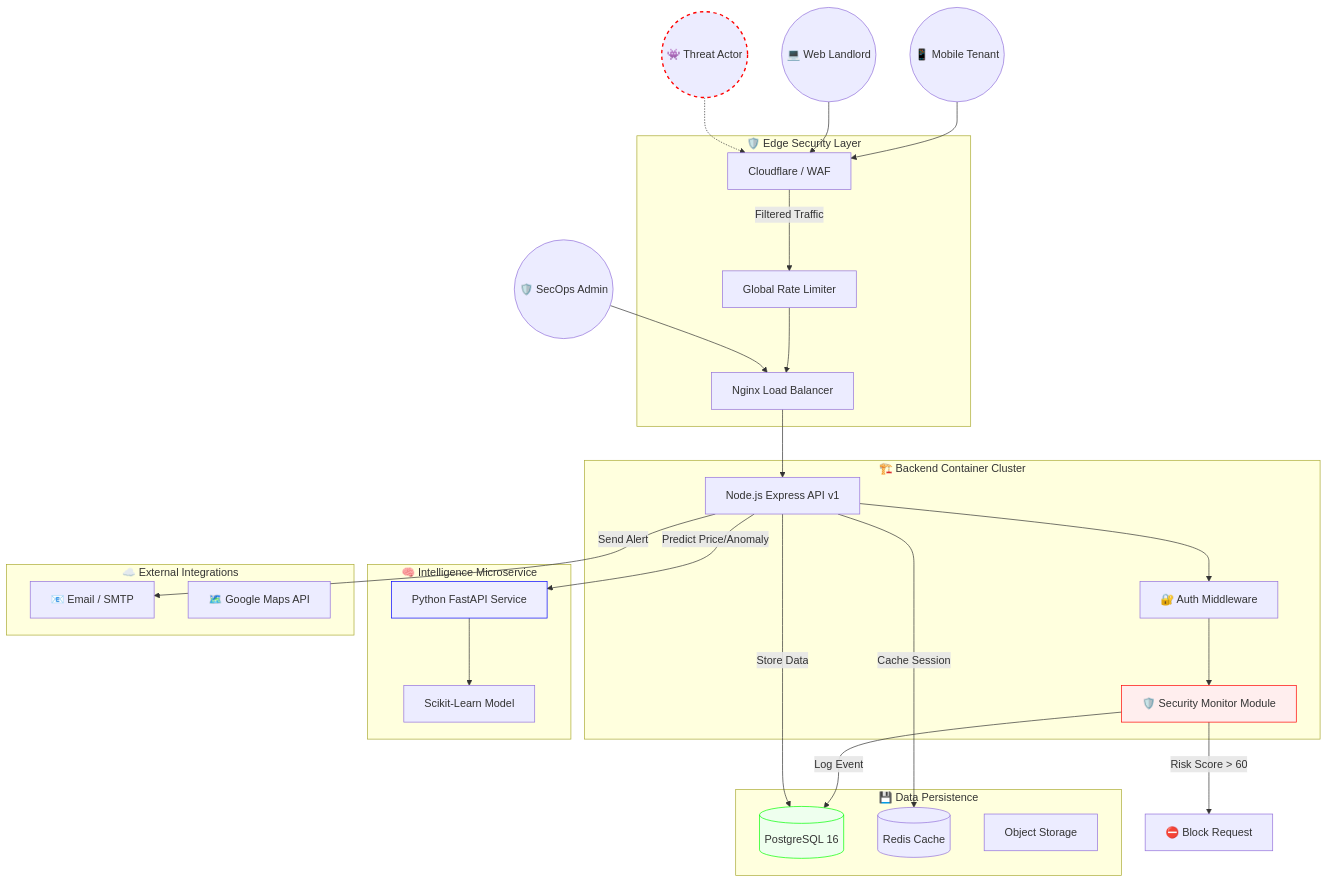
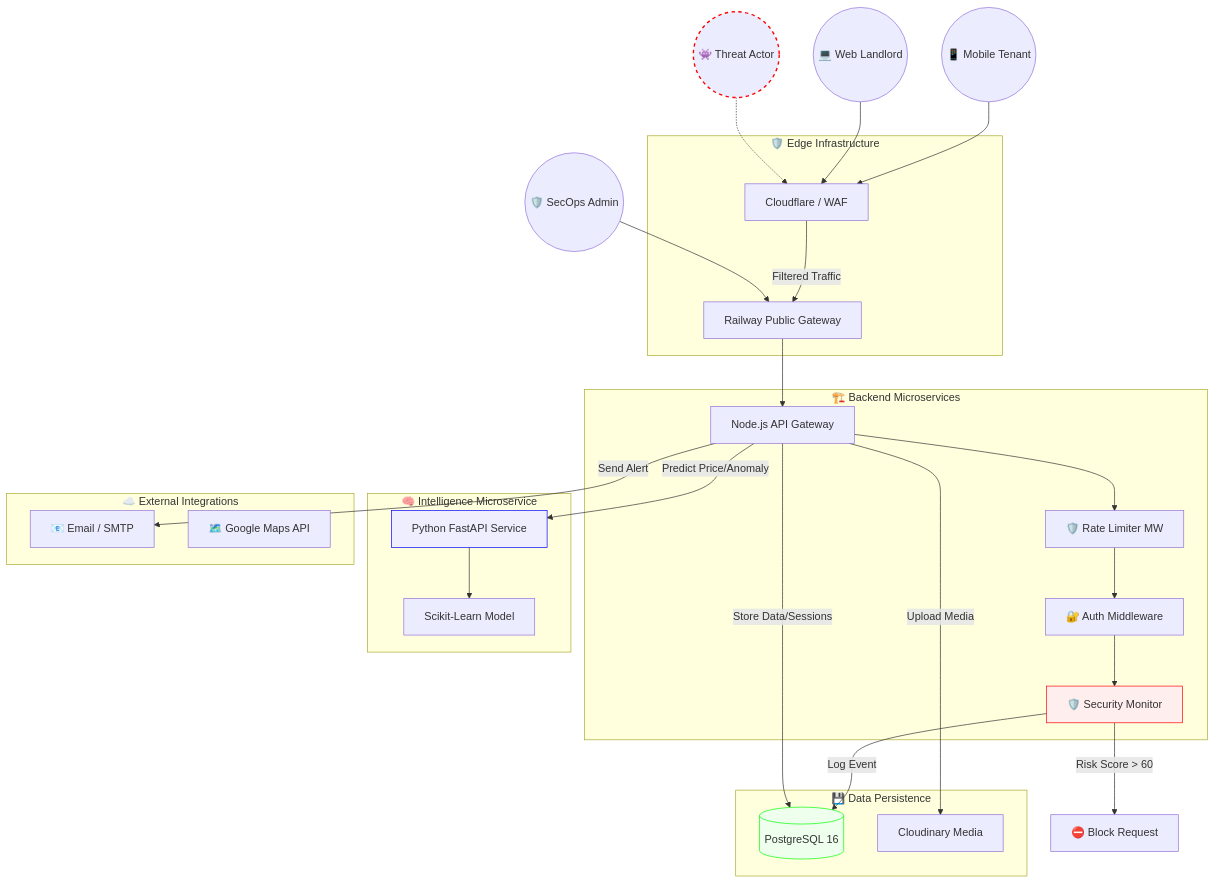
The first of 4 diagrams in README.md (izwanGit/uitm-devops-challenge_TeamOne), drawn with Mermaid before and after one commit. The commit also changed 1 other file, not shown here.

Commit message:
docs: update system architecture diagram in README and add PITCHING_MASTERPLAN

````diff
--- a/README.md
+++ b/README.md
@@ -189,70 +189,69 @@
 ```mermaid
 graph TD
     %% -- Actors --
     UserMobile((📱 Mobile Tenant))
     UserWeb((💻 Web Landlord))
     Admin((🛡️ SecOps Admin))
     Attacker((👾 Threat Actor))
 
     %% -- Edge Security Layer --
-    subgraph "🛡️ Edge Security Layer"
+    subgraph "🛡️ Edge Infrastructure"
         WAF[Cloudflare / WAF]
-        RateLimit[Global Rate Limiter]
-        LB[Nginx Load Balancer]
+        Gateway[Railway Public Gateway]
     end
 
     %% -- Application Layer --
-    subgraph "🏗️ Backend Container Cluster"
-        API[Node.js Express API v1]
+    subgraph "🏗️ Backend Microservices"
+        API[Node.js API Gateway]
+        RateLimit[🛡️ Rate Limiter MW]
         AuthMW[🔐 Auth Middleware]
-        SecMW[🛡️ Security Monitor Module]
+        SecMW[🛡️ Security Monitor]
         
         %% Flow inside Backend
-        API --> AuthMW
+        API --> RateLimit
+        RateLimit --> AuthMW
         AuthMW --> SecMW
     end
 
     %% -- Intelligence Layer --
     subgraph "🧠 Intelligence Microservice"
         AIService[Python FastAPI Service]
         MLModel[Scikit-Learn Model]
         
         AIService --> MLModel
     end
 
     %% -- Data Persistence Layer --
     subgraph "💾 Data Persistence"
         DB[(PostgreSQL 16)]
-        Redis[(Redis Cache)]
-        S3[Object Storage]
+        Cloudinary[Cloudinary Media]
     end
 
     %% -- External Services --
     subgraph "☁️ External Integrations"
         SendGrid[📧 Email / SMTP]
         Maps[🗺️ Google Maps API]
     end
 
     %% -- Connections --
     UserMobile --> WAF
     UserWeb --> WAF
     Attacker -.-> WAF
-    WAF --Filtered Traffic--> RateLimit
-    RateLimit --> LB
-    LB --> API
-    Admin --> LB
+    WAF --Filtered Traffic--> Gateway
+    Gateway --> API
+    Admin --> Gateway
 
     %% Service Ops
     SecMW --"Risk Score > 60"--> Utils[⛔ Block Request]
     SecMW --"Log Event"--> DB
     API --"Predict Price/Anomaly"--> AIService
-    API --"Store Data"--> DB
-    API --"Cache Session"--> Redis
+    API --"Store Data/Sessions"--> DB
+    API --"Upload Media"--> Cloudinary
     API --"Send Alert"--> SendGrid
     
     %% Styles
     style Attacker stroke:#f00,stroke-width:2px,stroke-dasharray: 5 5
     style SecMW fill:#fee,stroke:#f00
     style AIService fill:#eef,stroke:#00f
     style DB fill:#efe,stroke:#0f0
 ```
````
